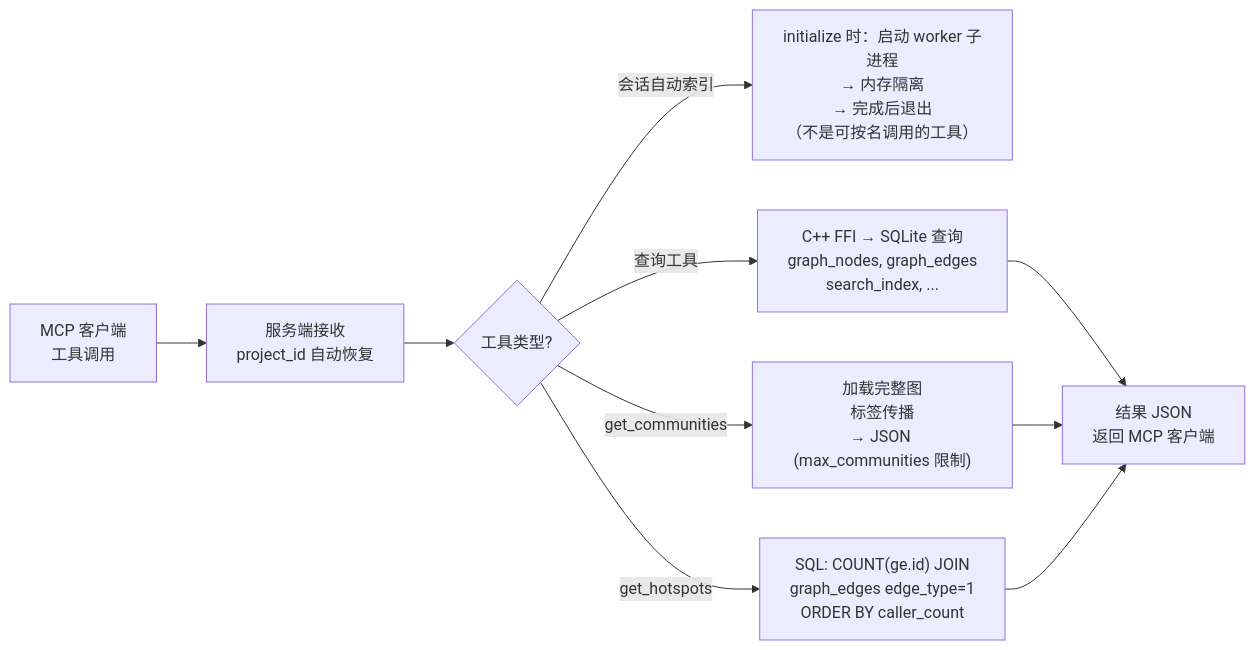
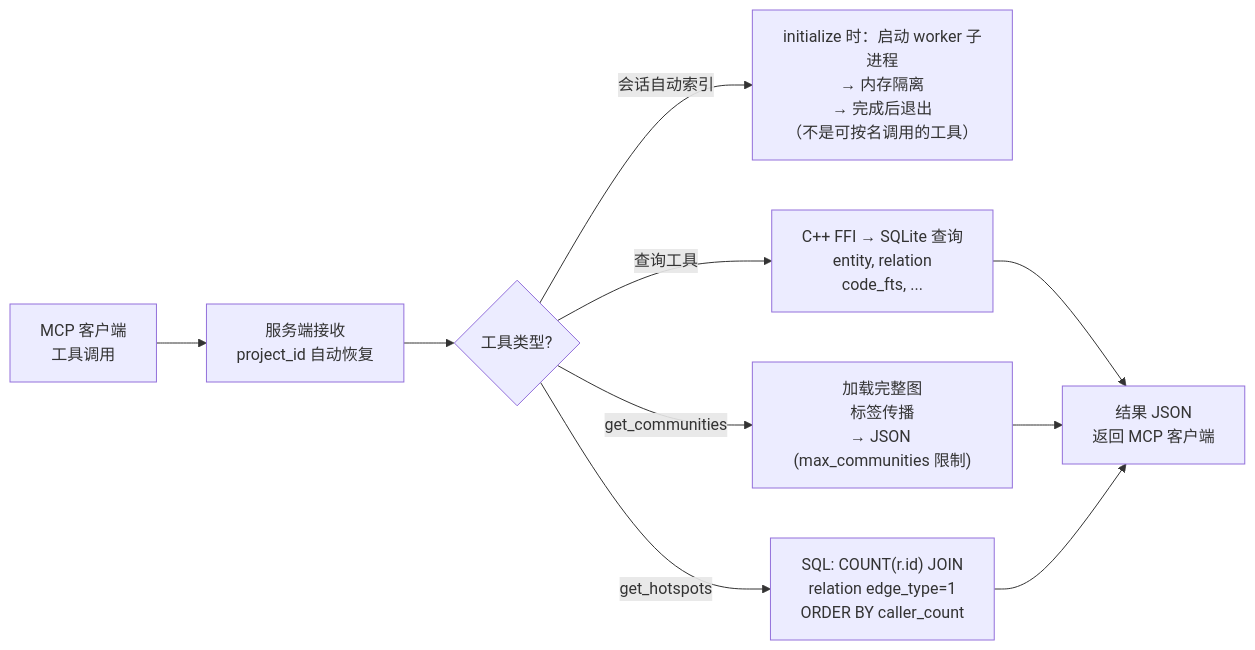
The second of 3 diagrams in README.zh.md (Timwood0x10/CodeScope), drawn with Mermaid before and after one commit. The commit also changed other lines of this file and 37 other files, not shown here.

````diff
--- a/README.zh.md
+++ b/README.zh.md
@@ -124,12 +124,12 @@
 ```mermaid
 flowchart LR
     Q["MCP 客户端<br/>工具调用"] --> Q1["服务端接收<br/>project_id 自动恢复"]
     Q1 --> Q2{"工具类型?"}
     Q2 -->|"会话自动索引"| Q3["initialize 时：启动 worker 子进程<br/>→ 内存隔离<br/>→ 完成后退出<br/>（不是可按名调用的工具）"]
-    Q2 -->|"查询工具"| Q4["C++ FFI → SQLite 查询<br/>graph_nodes, graph_edges<br/>search_index, ..."]
+    Q2 -->|"查询工具"| Q4["C++ FFI → SQLite 查询<br/>entity, relation<br/>code_fts, ..."]
     Q2 -->|"get_communities"| Q5["加载完整图<br/>标签传播<br/>→ JSON (max_communities 限制)"]
-    Q2 -->|"get_hotspots"| Q6["SQL: COUNT(ge.id) JOIN<br/>graph_edges edge_type=1<br/>ORDER BY caller_count"]
+    Q2 -->|"get_hotspots"| Q6["SQL: COUNT(r.id) JOIN<br/>relation edge_type=1<br/>ORDER BY caller_count"]
     Q4 --> R["结果 JSON<br/>返回 MCP 客户端"]
     Q5 --> R
     Q6 --> R
 ```
````
